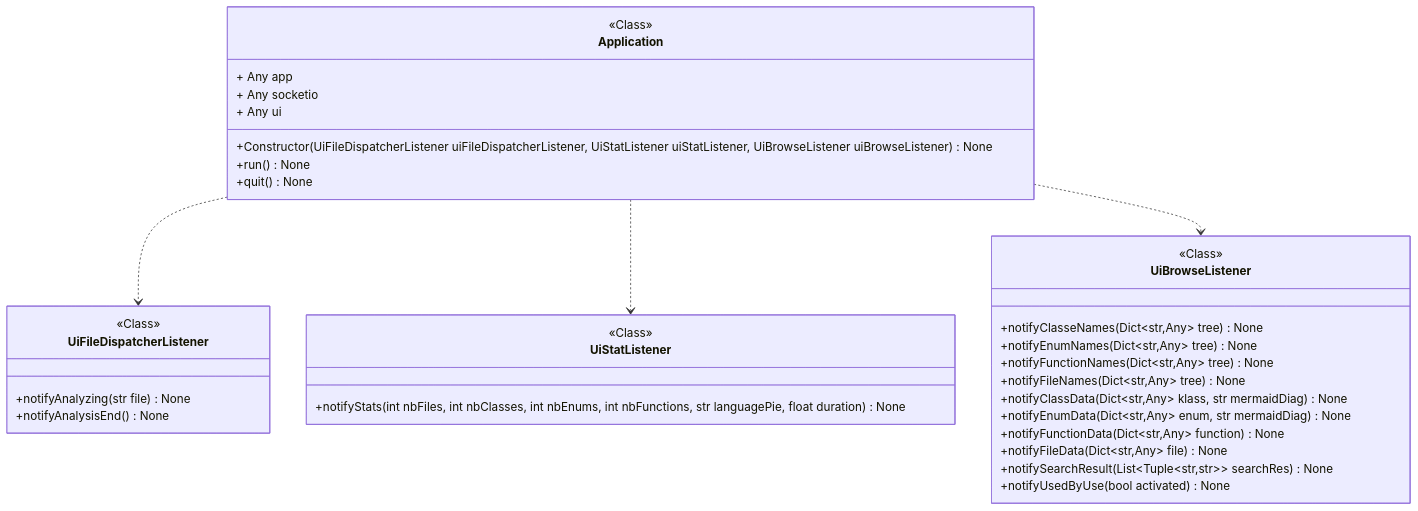
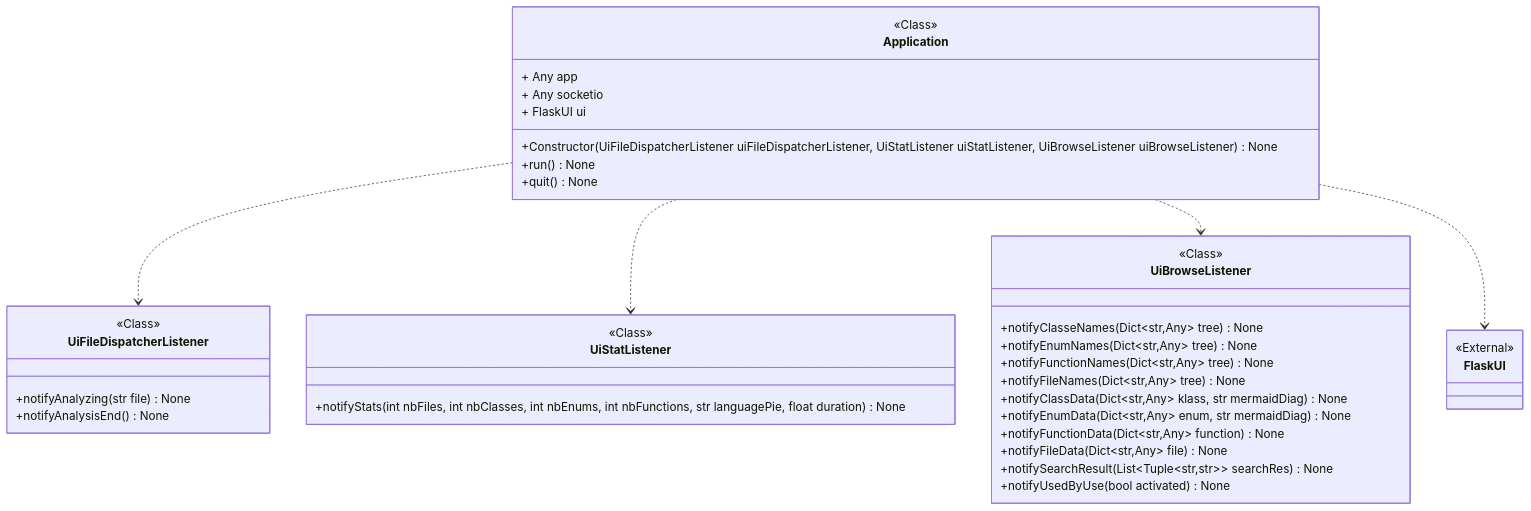
Before and after one commit to miong/pycodeanalyzer: the diagram in docs/source/code/diagrams/pycodeanalyzer_ui_app_Application.mmd, drawn with Mermaid. The commit also changed 24 other files, not shown here.

```diff
--- a/docs/source/code/diagrams/pycodeanalyzer_ui_app_Application.mmd
+++ b/docs/source/code/diagrams/pycodeanalyzer_ui_app_Application.mmd
@@ -1,38 +1,41 @@
 classDiagram
 class Application {
 <<Class>>
 + Any app
 + Any socketio
-+ Any ui
++ FlaskUI ui
 +Constructor(UiFileDispatcherListener uiFileDispatcherListener, UiStatListener uiStatListener, UiBrowseListener uiBrowseListener) None
 +run() None
 +quit() None
 }
 class UiFileDispatcherListener {
 <<Class>>
 +notifyAnalyzing(str file) None
 +notifyAnalysisEnd() None
 }
 link UiFileDispatcherListener "class££pycodeanalyzer::ui::app::UiFileDispatcherListener"
 class UiStatListener {
 <<Class>>
 +notifyStats(int nbFiles, int nbClasses, int nbEnums, int nbFunctions, str languagePie, float duration) None
 }
 link UiStatListener "class££pycodeanalyzer::ui::app::UiStatListener"
 class UiBrowseListener {
 <<Class>>
 +notifyClasseNames(Dict~str,Any~ tree) None
 +notifyEnumNames(Dict~str,Any~ tree) None
 +notifyFunctionNames(Dict~str,Any~ tree) None
 +notifyFileNames(Dict~str,Any~ tree) None
 +notifyClassData(Dict~str,Any~ klass, str mermaidDiag) None
 +notifyEnumData(Dict~str,Any~ enum, str mermaidDiag) None
 +notifyFunctionData(Dict~str,Any~ function) None
 +notifyFileData(Dict~str,Any~ file) None
 +notifySearchResult(List&lt;Tuple&lt;str,str&gt;&gt; searchRes) None
 +notifyUsedByUse(bool activated) None
 }
 link UiBrowseListener "class££pycodeanalyzer::ui::app::UiBrowseListener"
+class FlaskUI
+<<External>> FlaskUI
 Application ..> UiFileDispatcherListener
 Application ..> UiStatListener
 Application ..> UiBrowseListener
+Application ..> FlaskUI
```
